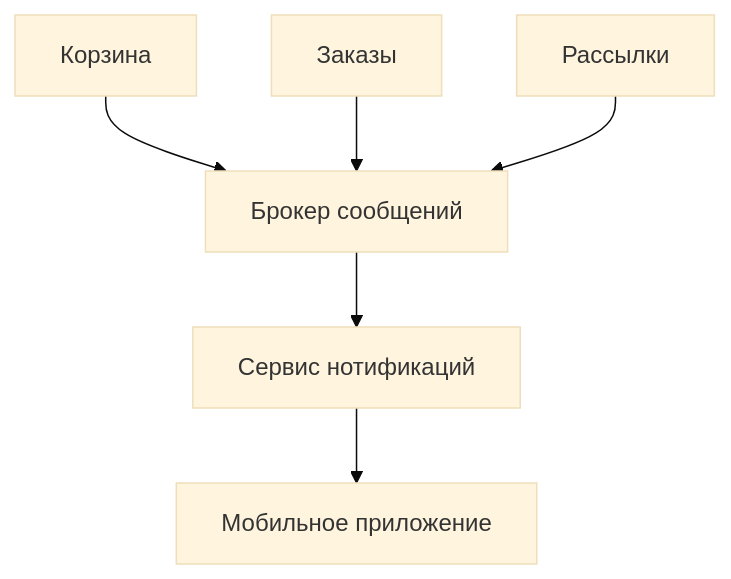
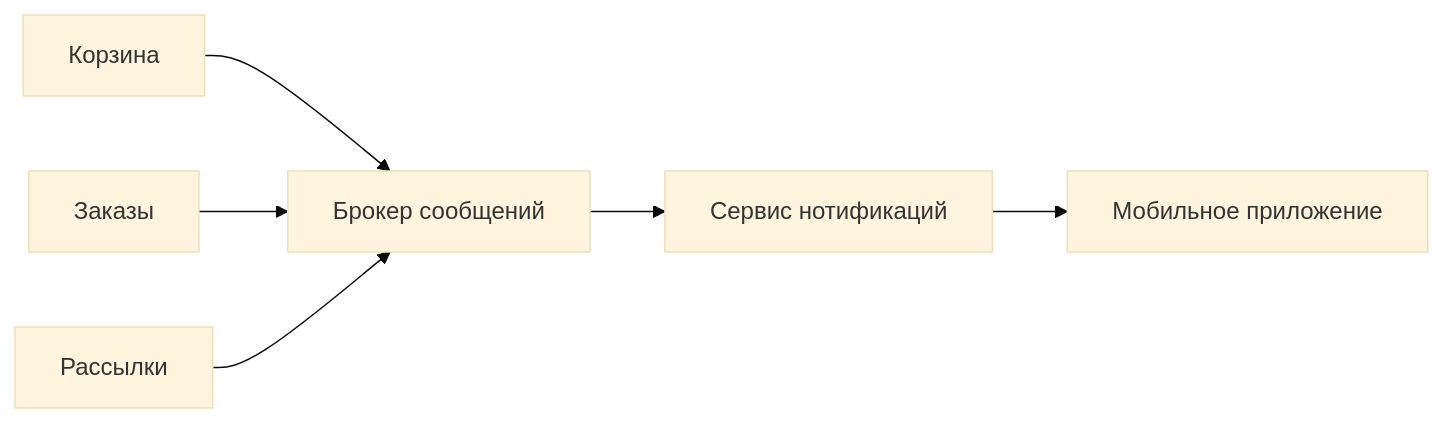
The diagram in diagrams/architecture.md (yanalaska-analyst/effective-mobile-test-sa), drawn with Mermaid (base theme) before and after one commit.

Commit message:
Fix mermaid diagram syntax: add proper code block delimiters

````diff
--- a/diagrams/architecture.md
+++ b/diagrams/architecture.md
@@ -1,16 +1,16 @@
 ```mermaid
-flowchart TD
-CartService[Корзина]
+flowchart LR
+    CartService[Корзина]
     OrderService[Заказы]
     MailingService[Рассылки]
     Broker[Брокер сообщений]
     NotificationService[Сервис нотификаций]
     MobileApp[Мобильное приложение]
 
     CartService --> Broker
     OrderService --> Broker
     MailingService --> Broker
-
     Broker --> NotificationService
     NotificationService --> MobileApp
+
 ```
````
